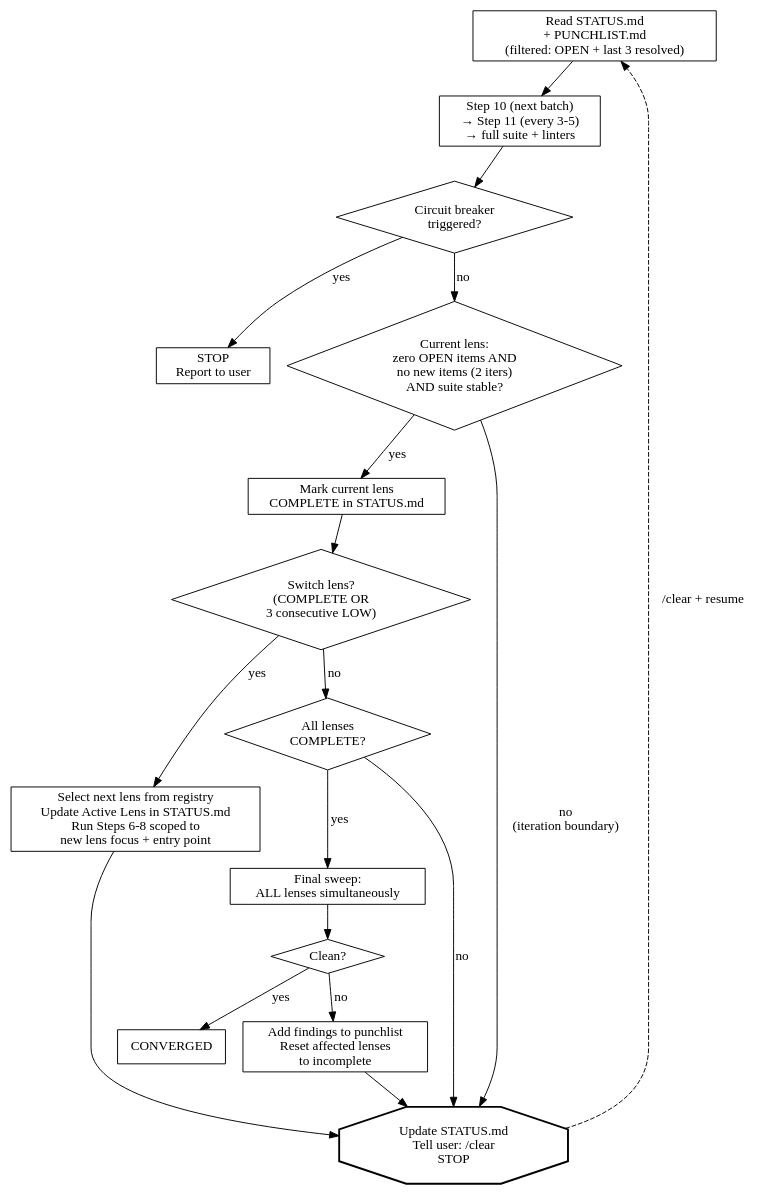
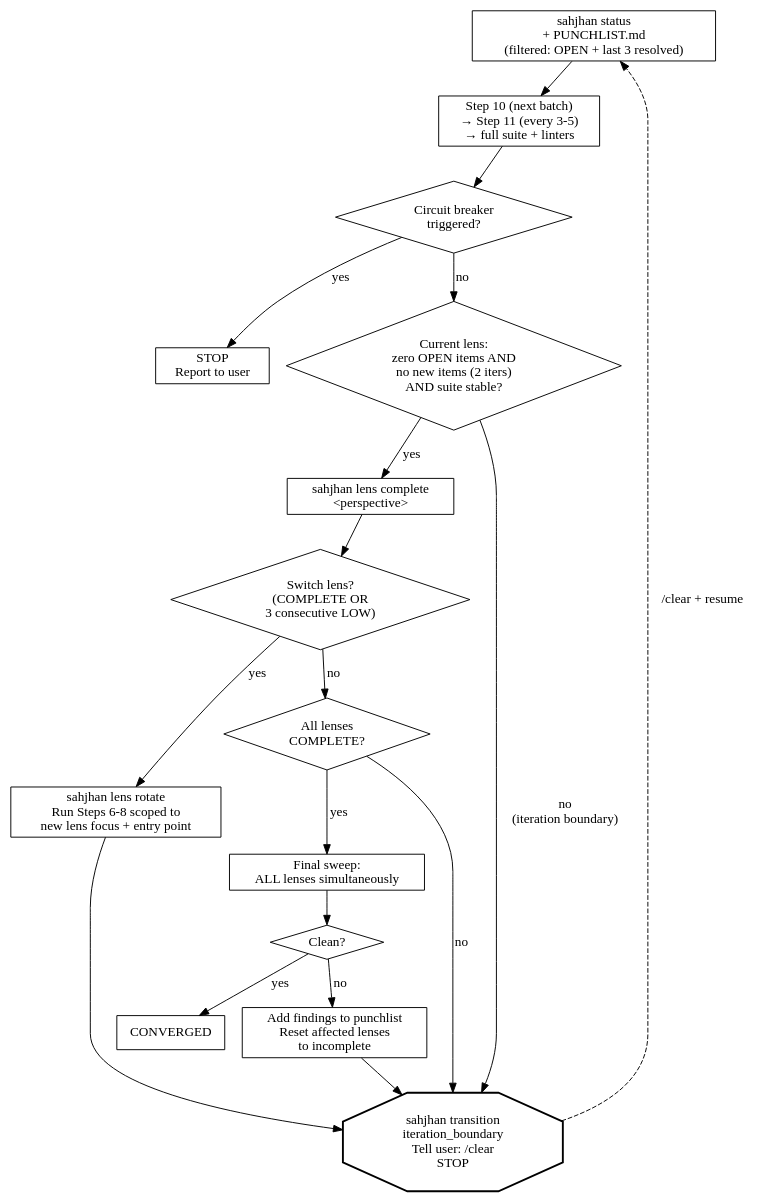
The second of 2 diagrams in skills/holtz/SKILL.md (jbrjake/holtz), drawn with Graphviz before and after one commit. The commit also changed other lines of this file and 1 other file, not shown here.

First line of the commit message:
feat(skill): update SKILL.md to reference Sahjhan enforcement commands

````diff
--- a/skills/holtz/SKILL.md
+++ b/skills/holtz/SKILL.md
@@ -394,39 +439,39 @@
 ```dot
 digraph {
   rankdir=TB
   node [shape=box]
 
-  recover [label="Read STATUS.md\n+ PUNCHLIST.md\n(filtered: OPEN + last 3 resolved)"]
+  recover [label="sahjhan status\n+ PUNCHLIST.md\n(filtered: OPEN + last 3 resolved)"]
   fix_loop [label="Step 10 (next batch)\n→ Step 11 (every 3-5)\n→ full suite + linters"]
   breaker [label="Circuit breaker\ntriggered?" shape=diamond]
   stop [label="STOP\nReport to user"]
   lens_clean [label="Current lens:\nzero OPEN items AND\nno new items (2 iters)\nAND suite stable?" shape=diamond]
-  mark [label="Mark current lens\nCOMPLETE in STATUS.md"]
+  mark [label="sahjhan lens complete\n<perspective>"]
   switch [label="Switch lens?\n(COMPLETE OR\n3 consecutive LOW)" shape=diamond]
-  next_lens [label="Select next lens from registry\nUpdate Active Lens in STATUS.md\nRun Steps 6-8 scoped to\nnew lens focus + entry point"]
+  next_lens [label="sahjhan lens rotate\nRun Steps 6-8 scoped to\nnew lens focus + entry point"]
   all_done [label="All lenses\nCOMPLETE?" shape=diamond]
   final [label="Final sweep:\nALL lenses simultaneously"]
   clean [label="Clean?" shape=diamond]
   converged [label="CONVERGED"]
   reset [label="Add findings to punchlist\nReset affected lenses\nto incomplete"]
-  boundary [label="Update STATUS.md\nTell user: /clear\nSTOP" shape=octagon style=bold]
+  boundary [label="sahjhan transition\niteration_boundary\nTell user: /clear\nSTOP" shape=octagon style=bold]
 
   recover -> fix_loop
   fix_loop -> breaker
   breaker -> stop [label="yes"]
   breaker -> lens_clean [label="no"]
   lens_clean -> mark [label="yes"]
   lens_clean -> boundary [label="no\n(iteration boundary)"]
   mark -> switch
   switch -> next_lens [label="yes"]
   switch -> all_done [label="no"]
   next_lens -> boundary
   all_done -> final [label="yes"]
   all_done -> boundary [label="no"]
   final -> clean
   clean -> converged [label="yes"]
   clean -> reset [label="no"]
   reset -> boundary
   boundary -> recover [style=dashed label="/clear + resume"]
 }
 ```
````
